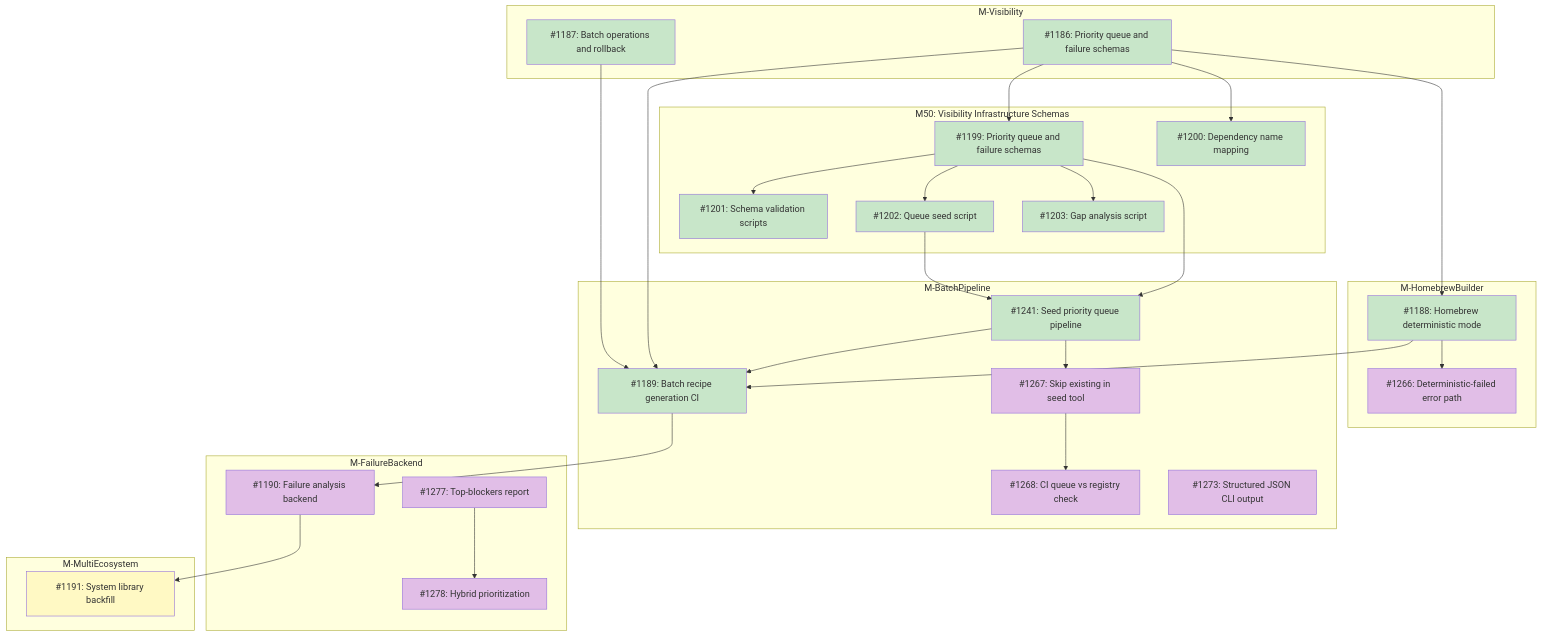
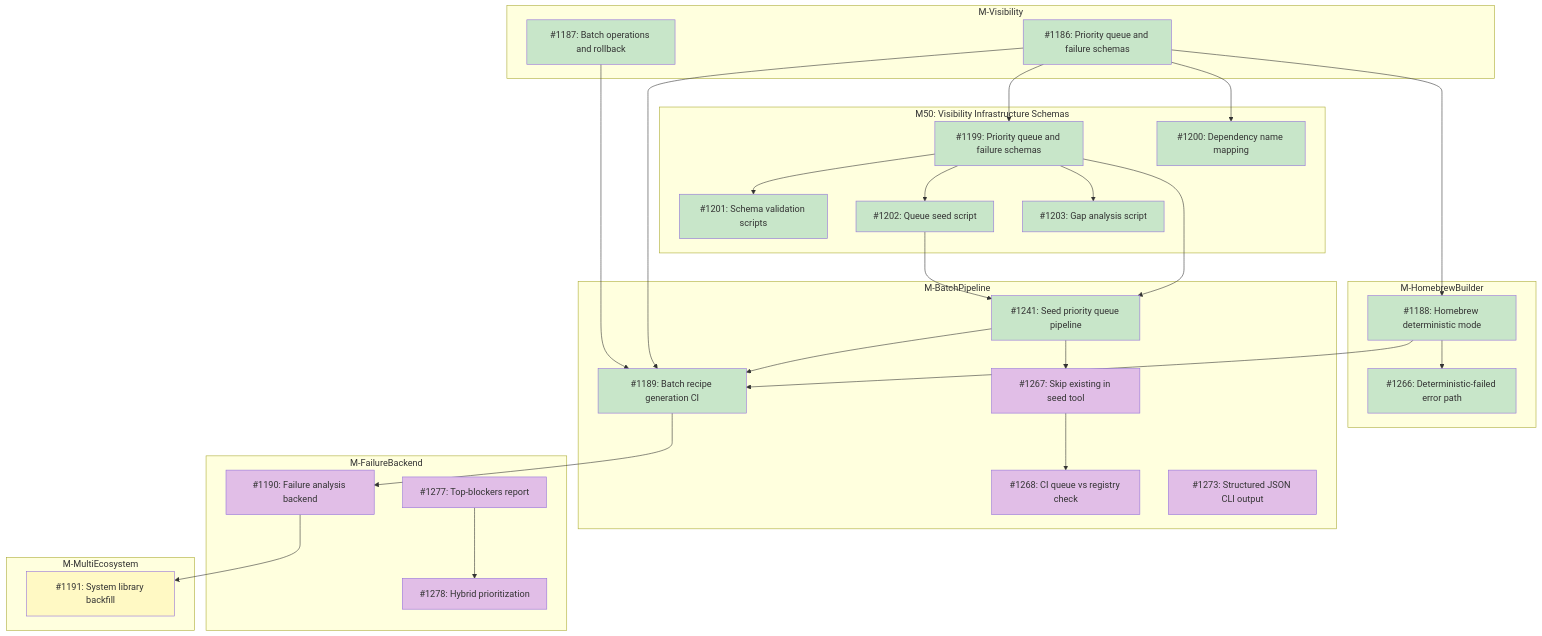
The diagram in docs/designs/DESIGN-registry-scale-strategy.md (tsukumogami/tsuku), drawn with Mermaid before and after one commit. The commit also changed other lines of this file and 4 other files, not shown here.

````diff
--- a/docs/designs/DESIGN-registry-scale-strategy.md
+++ b/docs/designs/DESIGN-registry-scale-strategy.md
@@ -76,80 +76,80 @@
 ```mermaid
 graph TD
     subgraph M_Visibility["M-Visibility"]
         I1186["#1186: Priority queue and failure schemas"]
         I1187["#1187: Batch operations and rollback"]
     end
 
     subgraph M50["M50: Visibility Infrastructure Schemas"]
         I1199["#1199: Priority queue and failure schemas"]
         I1200["#1200: Dependency name mapping"]
         I1201["#1201: Schema validation scripts"]
         I1202["#1202: Queue seed script"]
         I1203["#1203: Gap analysis script"]
     end
 
     subgraph M_HomebrewBuilder["M-HomebrewBuilder"]
         I1188["#1188: Homebrew deterministic mode"]
         I1266["#1266: Deterministic-failed error path"]
     end
 
     subgraph M_BatchPipeline["M-BatchPipeline"]
         I1241["#1241: Seed priority queue pipeline"]
         I1189["#1189: Batch recipe generation CI"]
         I1267["#1267: Skip existing in seed tool"]
         I1268["#1268: CI queue vs registry check"]
         I1273["#1273: Structured JSON CLI output"]
     end
 
     subgraph M_FailureBackend["M-FailureBackend"]
         I1190["#1190: Failure analysis backend"]
         I1277["#1277: Top-blockers report"]
         I1278["#1278: Hybrid prioritization"]
     end
 
     subgraph M_MultiEcosystem["M-MultiEcosystem"]
         I1191["#1191: System library backfill"]
     end
 
     I1186 --> I1199
     I1186 --> I1200
     I1199 --> I1201
     I1199 --> I1202
     I1199 --> I1203
     I1199 --> I1241
     I1202 --> I1241
     I1186 --> I1188
     I1241 --> I1189
     I1186 --> I1189
     I1187 --> I1189
     I1188 --> I1189
     I1188 --> I1266
     I1241 --> I1267
     I1267 --> I1268
     I1189 --> I1190
     I1190 --> I1191
     I1277 --> I1278
 
     classDef done fill:#c8e6c9
     classDef ready fill:#bbdefb
     classDef blocked fill:#fff9c4
     classDef needsDesign fill:#e1bee7
 
     class I1186,I1187 done
     class I1200 done
     class I1199 done
     class I1188 done
     class I1201 done
     class I1202 done
     class I1203 done
     class I1241 done
     class I1189 done
     class I1267 needsDesign
     class I1268 needsDesign
     class I1273 needsDesign
-    class I1266 needsDesign
+    class I1266 done
     class I1190 needsDesign
     class I1277 needsDesign
     class I1278 needsDesign
     class I1191 blocked
 ```
````
